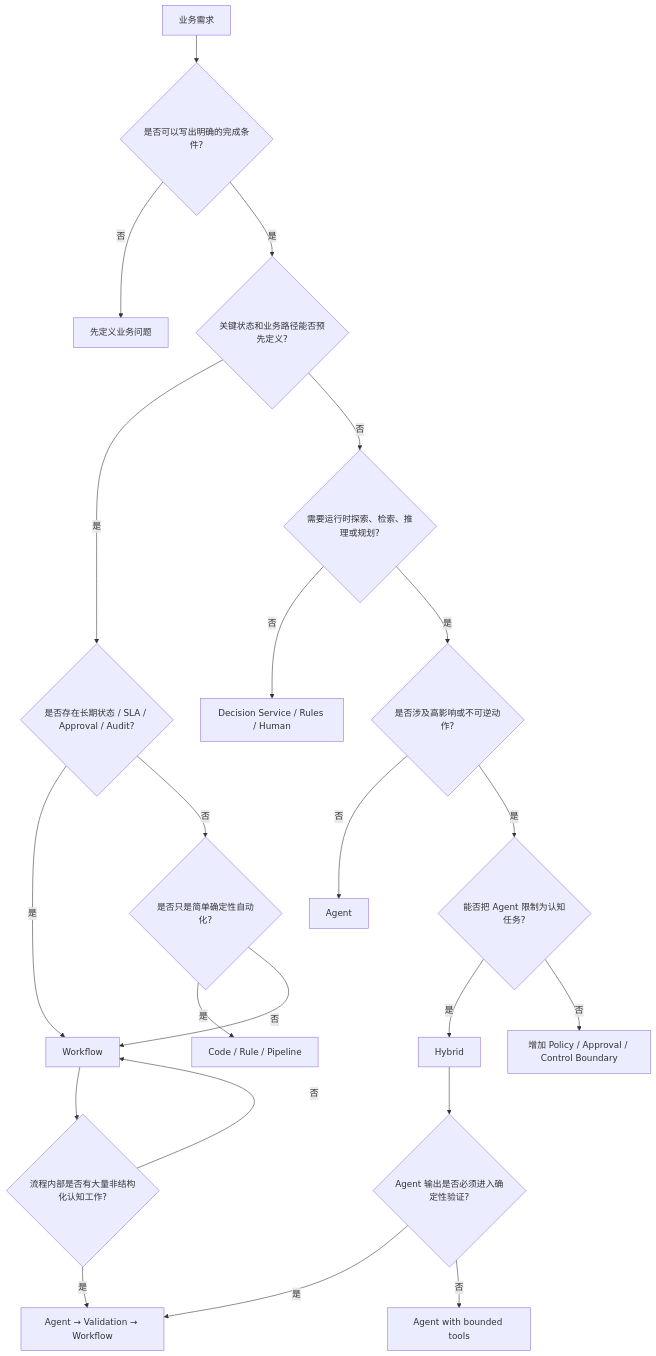
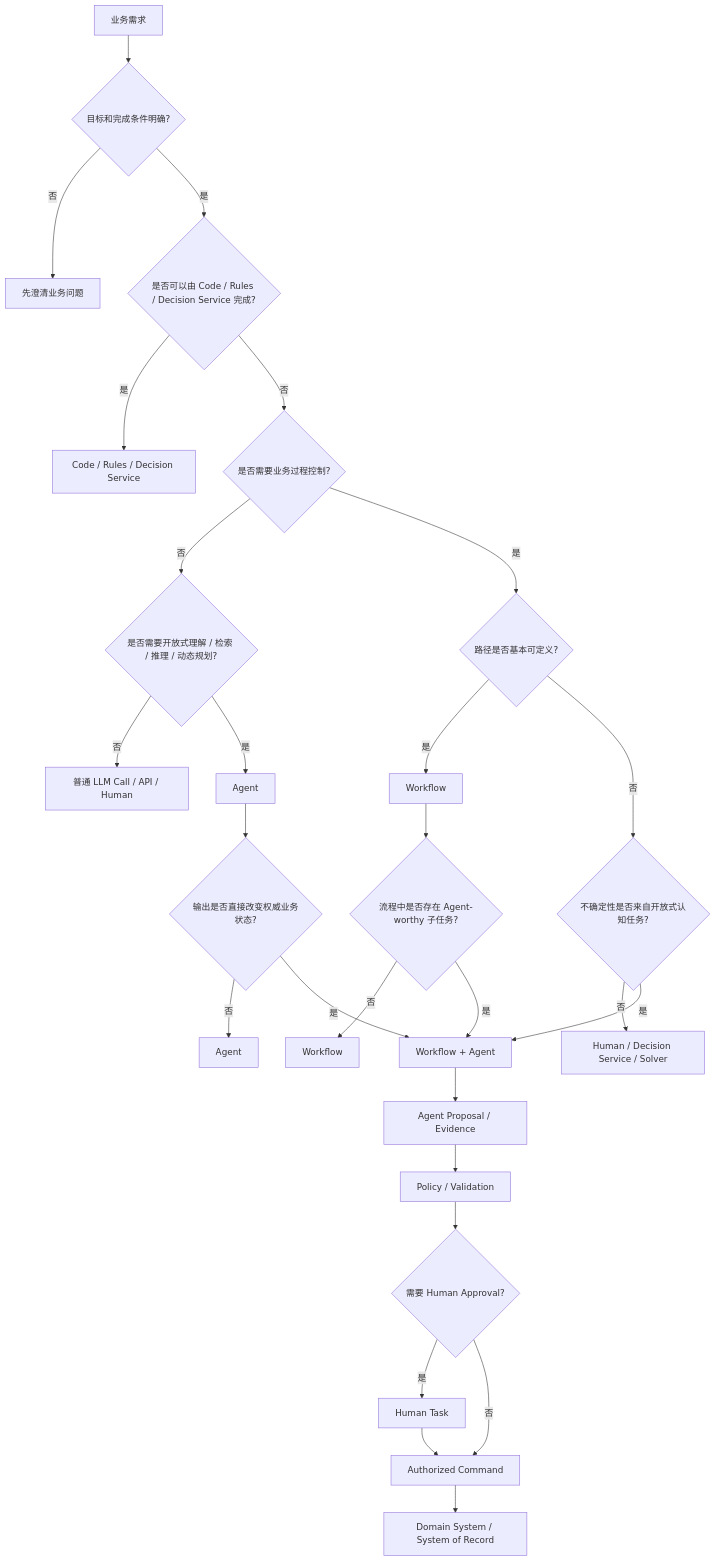
One commit to saga/copilot-server-agent changed the fifth of 5 diagrams in docs/研究文章/workflow 和 ai agent的decision tree.md. Above: the diagram before and after it, drawn with Mermaid. The commit also changed other lines of this file, not shown here.

````diff
--- a/docs/研究文章/workflow 和 ai agent的decision tree.md
+++ b/docs/研究文章/workflow 和 ai agent的decision tree.md
@@ -1952,35 +2355,45 @@
 ```mermaid
 flowchart TD
 
     A[业务需求]
+    
+    A --> B{目标和完成条件明确?}
 
-    A --> B{是否可以写出明确的完成条件?}
-    B -->|否| C[先定义业务问题]
-    B -->|是| D{关键状态和业务路径能否预先定义?}
+    B -->|否| C[先澄清业务问题]
+    B -->|是| D{是否可以由 Code / Rules / Decision Service 完成?}
 
-    D -->|是| E{是否存在长期状态 / SLA / Approval / Audit?}
-    D -->|否| F{需要运行时探索、检索、推理或规划?}
+    D -->|是| E[Code / Rules / Decision Service]
+    D -->|否| F{是否需要业务过程控制?}
 
-    E -->|是| G[Workflow]
-    E -->|否| H{是否只是简单确定性自动化?}
+    F -->|否| G{是否需要开放式理解 / 检索 / 推理 / 动态规划?}
 
-    H -->|是| I[Code / Rule / Pipeline]
-    H -->|否| G
+    G -->|否| H[普通 LLM Call / API / Human]
+    G -->|是| I[Agent]
 
-    F -->|否| J[Decision Service / Rules / Human]
-    F -->|是| K{是否涉及高影响或不可逆动作?}
+    F -->|是| J{路径是否基本可定义?}
 
-    K -->|否| L[Agent]
-    K -->|是| M{能否把 Agent 限制为认知任务?}
+    J -->|是| K[Workflow]
 
-    M -->|是| N[Hybrid]
-    M -->|否| O[增加 Policy / Approval / Control Boundary]
+    J -->|否| L{不确定性是否来自开放式认知任务?}
 
-    N --> P{Agent 输出是否必须进入确定性验证?}
-    P -->|是| Q[Agent → Validation → Workflow]
-    P -->|否| R[Agent with bounded tools]
+    L -->|否| M[Human / Decision Service / Solver]
+    L -->|是| N[Workflow + Agent]
 
-    G --> S{流程内部是否有大量非结构化认知工作?}
-    S -->|是| Q
-    S -->|否| G
+    K --> O{流程中是否存在 Agent-worthy 子任务?}
+    O -->|否| P[Workflow]
+    O -->|是| N
+
+    I --> Q{输出是否直接改变权威业务状态?}
+    Q -->|否| R[Agent]
+    Q -->|是| N
+
+    N --> S[Agent Proposal / Evidence]
+    S --> T[Policy / Validation]
+    T --> U{需要 Human Approval?}
+
+    U -->|是| V[Human Task]
+    U -->|否| W[Authorized Command]
+
+    V --> W
+    W --> X[Domain System / System of Record]
 ```
````
